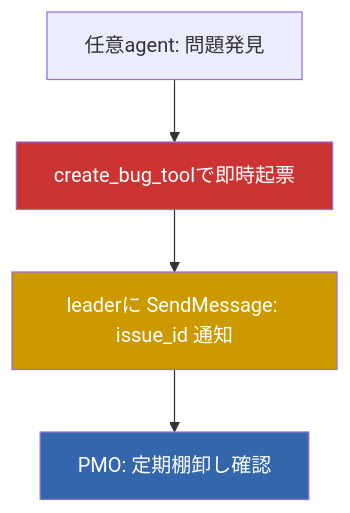
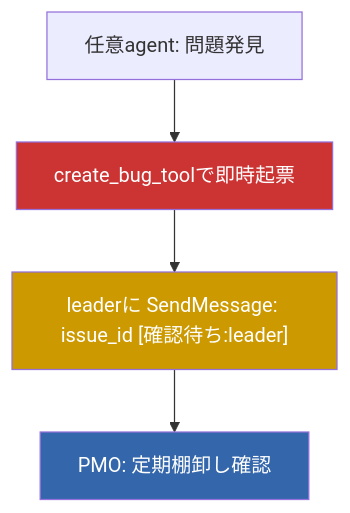
One commit to hollySizzle/claude-nagger changed the third of 3 diagrams in packages/claude-nagger/vibes/docs/rules/tasuki_workflow.md. Above: the diagram before and after it, drawn with Mermaid. The commit also changed other lines of this file and 3 other files, not shown here.

````diff
--- a/packages/claude-nagger/vibes/docs/rules/tasuki_workflow.md
+++ b/packages/claude-nagger/vibes/docs/rules/tasuki_workflow.md
@@ -65,10 +65,10 @@
 ```mermaid
 flowchart TD
     A[任意agent: 問題発見] --> B[create_bug_toolで即時起票]
-    B --> C["leaderに SendMessage: issue_id 通知"]
+    B --> C["leaderに SendMessage: issue_id [確認待ち:leader]"]
     C --> D[PMO: 定期棚卸し確認]
 
     style B fill:#c33,color:#fff
     style C fill:#c90,color:#fff
     style D fill:#36a,color:#fff
 ```
````
